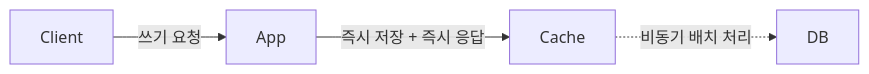
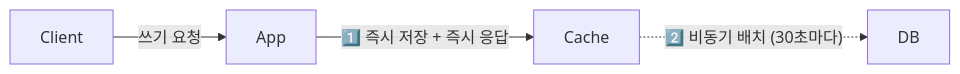
The fourth of 6 diagrams in _posts/caching/2026-05-01-caching-strategy.md (yjkim2015/yjkim2015.github.io), drawn with Mermaid before and after one commit. The commit also changed other lines of this file and 34 other files, not shown here.

First line of the commit message:
Full quality pass: 41 files — ASCII removed, 동작원리 보강, diagrams

```diff
--- a/_posts/caching/2026-05-01-caching-strategy.md
+++ b/_posts/caching/2026-05-01-caching-strategy.md
@@ -278,6 +197,6 @@
 <div class="mermaid">
 graph LR
-    Client -->|쓰기 요청| App
-    App -->|즉시 저장 + 즉시 응답| Cache
-    Cache -.->|비동기 배치 처리| DB
+    Client -->|"쓰기 요청"| App
+    App -->|"1️⃣ 즉시 저장 + 즉시 응답"| Cache
+    Cache -.->|"2️⃣ 비동기 배치 (30초마다)"| DB
 </div>
```
